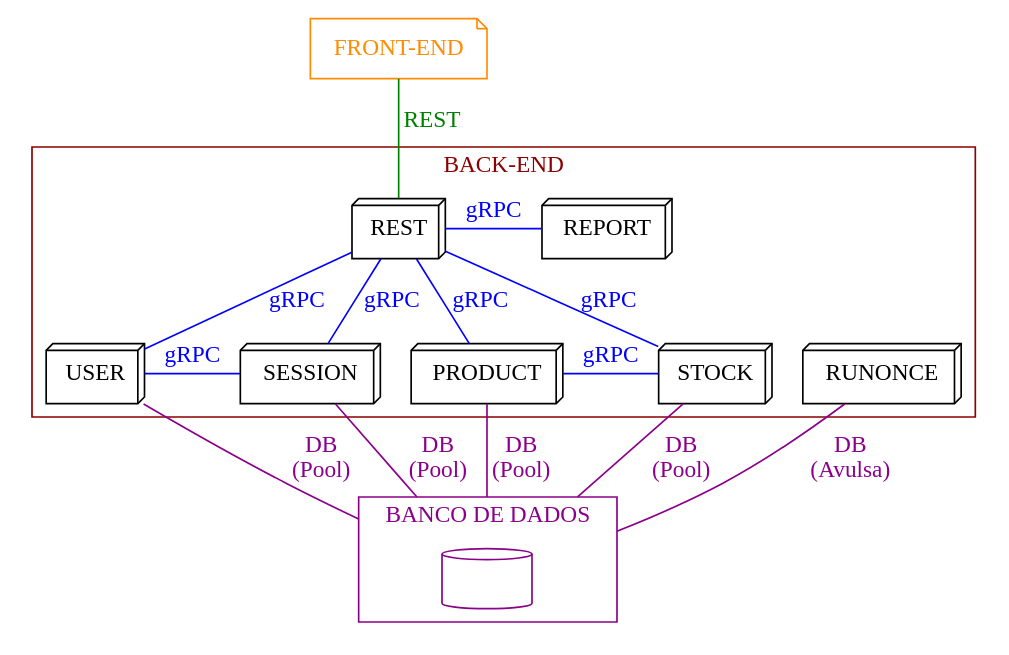
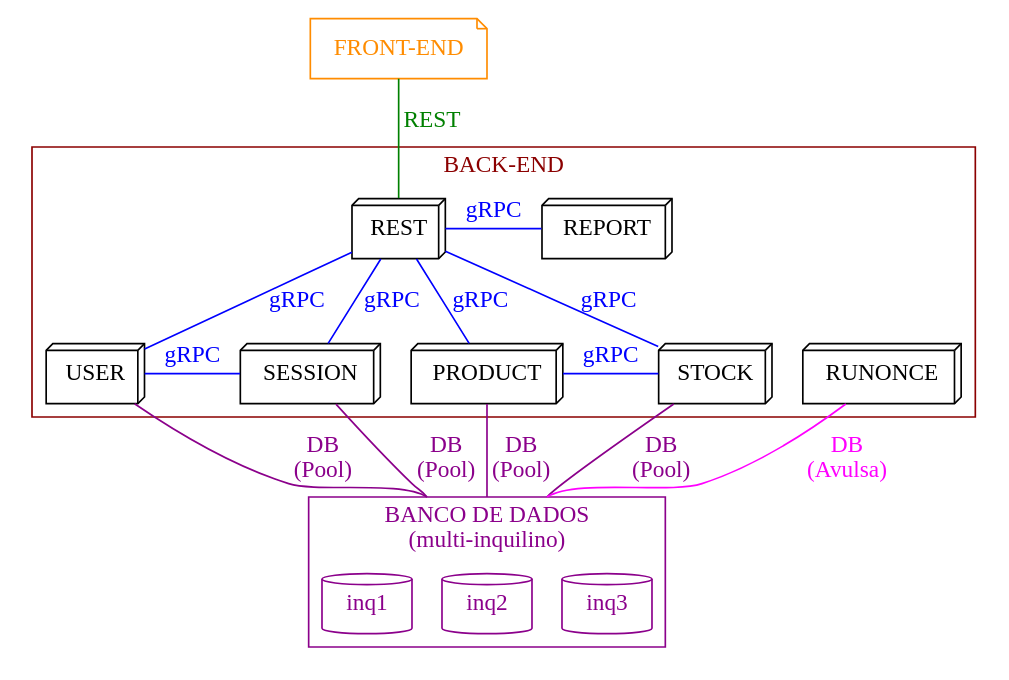
One commit to Minerva-System/minerva-system changed the diagram in docs/src/backend.md. Above: the diagram before and after it, drawn with Graphviz. The commit also changed other lines of this file, not shown here.

Commit message:
Improve backend graph and add documentation on routing

````diff
--- a/docs/src/backend.md
+++ b/docs/src/backend.md
@@ -38,53 +38,56 @@
 ```dot process
 graph {
 	rankdir="TB";
 	compound=true;
 	node[style=filled; fillcolor=white];
 	
 	frontend[label="FRONT-END", shape=note, color=darkorange, fontcolor=darkorange];
 	
 	subgraph cluster_db {
 		rankdir="LR";
-		label = "BANCO DE DADOS";
+		label = "BANCO DE DADOS\n(multi-inquilino)";
 		color=darkmagenta;
 		fontcolor=darkmagenta;
-		db1[label="", shape=cylinder, color=darkmagenta];
+		db2[label="inq3", shape=cylinder, color=darkmagenta, fontcolor=darkmagenta];
+        db1[label="inq2", shape=cylinder, color=darkmagenta, fontcolor=darkmagenta];
+		db3[label="inq1", shape=cylinder, color=darkmagenta, fontcolor=darkmagenta];
+		{rank=same; db3; db1; db2;}
 	}
 
 	subgraph cluster_backend {
 		label = "BACK-END";
 		fontcolor=darkred;
 		rankdir="LR";
 		color=darkred;
 		
 		rest[label="REST", shape=box3d];
 		
 		user[label="USER", shape=box3d];
 		session[label="SESSION", shape=box3d];
 		product[label="PRODUCT", shape=box3d];
 		stock[label="STOCK", shape=box3d];
 		runonce[label="RUNONCE", shape=box3d];
 		report[label="REPORT", shape=box3d];
 		
 		{rank="same"; rest; report;}
 		{rank="same"; user; session; product; stock; runonce;}
 		
 		rest -- user[label="gRPC", color=blue, fontcolor=blue];
 		rest -- session[label="gRPC", color=blue, fontcolor=blue];
 		rest -- product[label="gRPC", color=blue, fontcolor=blue];
 		rest -- stock[label="gRPC", color=blue, fontcolor=blue];
 		
 		user -- session[label="gRPC", color=blue, fontcolor=blue];
 		product -- stock[label="gRPC", color=blue, fontcolor=blue];
 		rest -- report[label="gRPC", color=blue, fontcolor=blue];
 		
 		user -- db1 [lhead=cluster_db, label="DB\n(Pool)", color=darkmagenta, fontcolor=darkmagenta];
 		session -- db1 [lhead=cluster_db, label="DB\n(Pool)", color=darkmagenta, fontcolor=darkmagenta];
 		product -- db1 [lhead=cluster_db, label="DB\n(Pool)", color=darkmagenta, fontcolor=darkmagenta];
 		stock -- db1 [lhead=cluster_db, label="DB\n(Pool)", color=darkmagenta, fontcolor=darkmagenta];
-		runonce -- db1 [lhead=cluster_db, label="DB\n(Avulsa)", color=darkmagenta, fontcolor=darkmagenta];
+		runonce -- db1 [lhead=cluster_db, label="DB\n(Avulsa)", color=magenta, fontcolor=magenta];
 	}
 
 	frontend -- rest[label="REST", color=green, fontcolor=green];
 }
 ```
````
